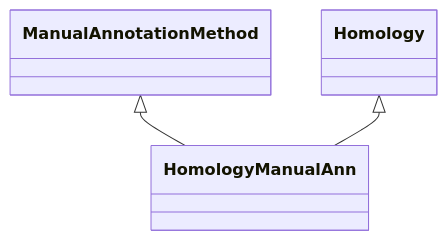
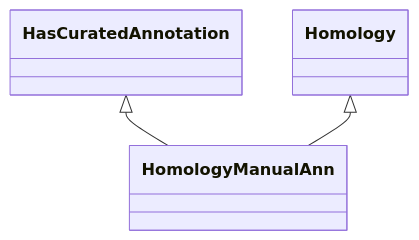
One commit to KnetMiner/knetminer-schemas changed the diagram in semantic-motif-taxonomy/knet-motif-categories-doc/HomologyManualAnn.md. Above: the diagram before and after it, drawn with Mermaid. The commit also changed other lines of this file and 59 other files, not shown here.

````diff
--- a/semantic-motif-taxonomy/knet-motif-categories-doc/HomologyManualAnn.md
+++ b/semantic-motif-taxonomy/knet-motif-categories-doc/HomologyManualAnn.md
@@ -21,11 +21,11 @@
 ```mermaid
  classDiagram
     class HomologyManualAnn
     click HomologyManualAnn href "../HomologyManualAnn"
-      ManualAnnotationMethod <|-- HomologyManualAnn
-        click ManualAnnotationMethod href "../ManualAnnotationMethod"
+      HasCuratedAnnotation <|-- HomologyManualAnn
+        click HasCuratedAnnotation href "../HasCuratedAnnotation"
       Homology <|-- HomologyManualAnn
         click Homology href "../Homology"
       
       
 ```
````
